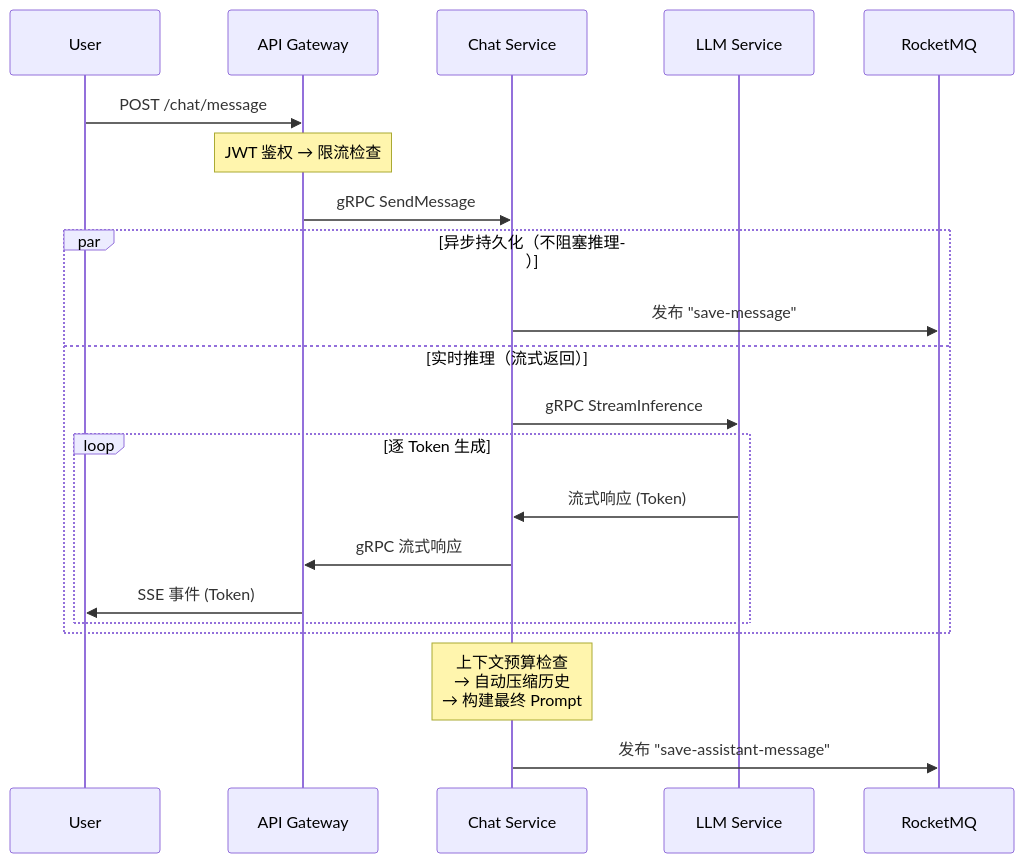
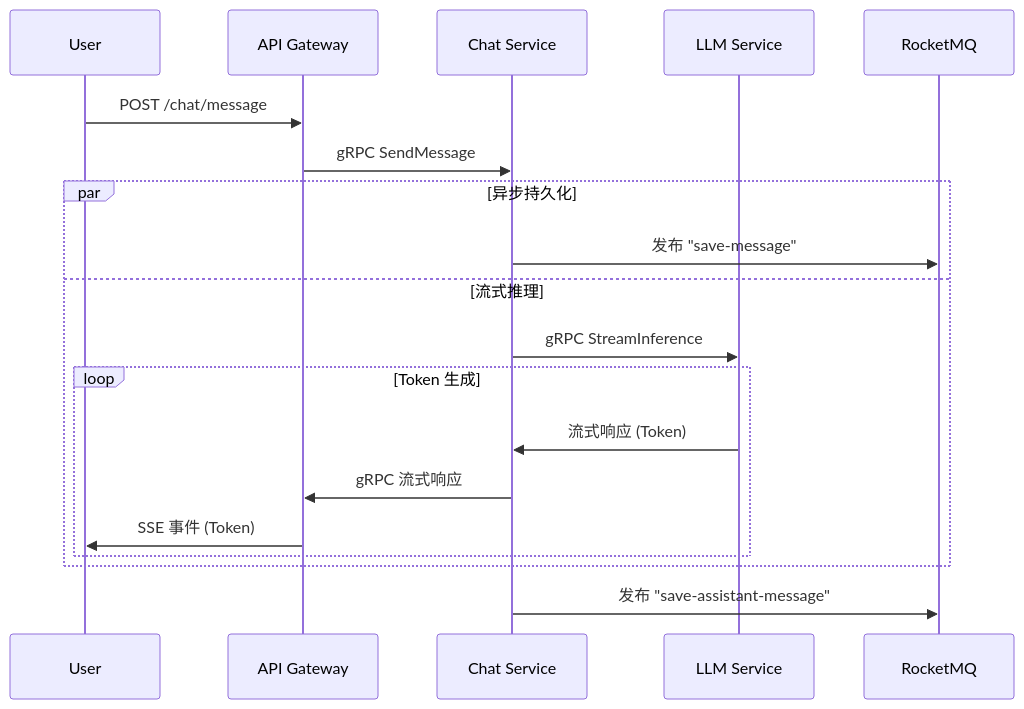
One commit to Einspanner123/free-chat changed the second of 2 diagrams in README_CN.md. Above: the diagram before and after it, drawn with Mermaid. The commit also changed other lines of this file and 1 other file, not shown here.

````diff
--- a/README_CN.md
+++ b/README_CN.md
@@ -162,29 +56,25 @@
 ```mermaid
 sequenceDiagram
     participant U as User
     participant G as API Gateway
     participant C as Chat Service
     participant L as LLM Service
     participant M as RocketMQ
     
     U->>G: POST /chat/message
-    
-    Note over G: JWT 鉴权 → 限流检查
     G->>C: gRPC SendMessage
     
-    par 异步持久化（不阻塞推理）
+    par 异步持久化
         C->>M: 发布 "save-message"
-    and 实时推理（流式返回）
+    and 流式推理
         C->>L: gRPC StreamInference
         
-        loop 逐 Token 生成
+        loop Token 生成
             L->>C: 流式响应 (Token)
             C->>G: gRPC 流式响应
             G->>U: SSE 事件 (Token)
         end
     end
     
-    Note over C: 上下文预算检查<br/>→ 自动压缩历史<br/>→ 构建最终 Prompt
-    
     C->>M: 发布 "save-assistant-message"
 ```
````
